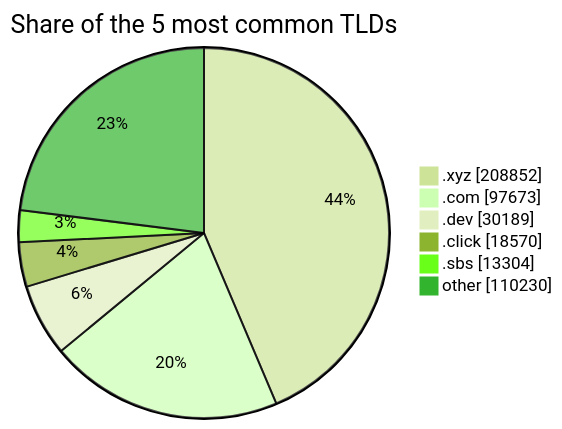
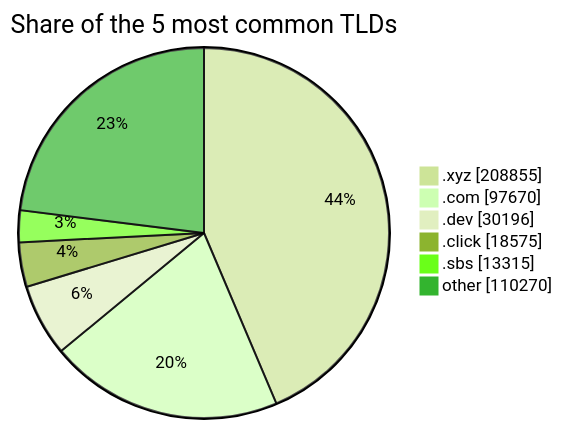
Before and after one commit to DNSBunker/CTI: the third of 3 diagrams in README.md, drawn with Mermaid (forest theme). The commit also changed other lines of this file and 3 other files, not shown here.

````diff
--- a/README.md
+++ b/README.md
@@ -81,9 +81,9 @@
 ```mermaid
 pie showData title Share of the 5 most common TLDs
-    ".xyz" : 208852
-    ".com" : 97673
-    ".dev" : 30189
-    ".click" : 18570
-    ".sbs" : 13304
-    "other" : 110230
+    ".xyz" : 208855
+    ".com" : 97670
+    ".dev" : 30196
+    ".click" : 18575
+    ".sbs" : 13315
+    "other" : 110270
 ```
````
